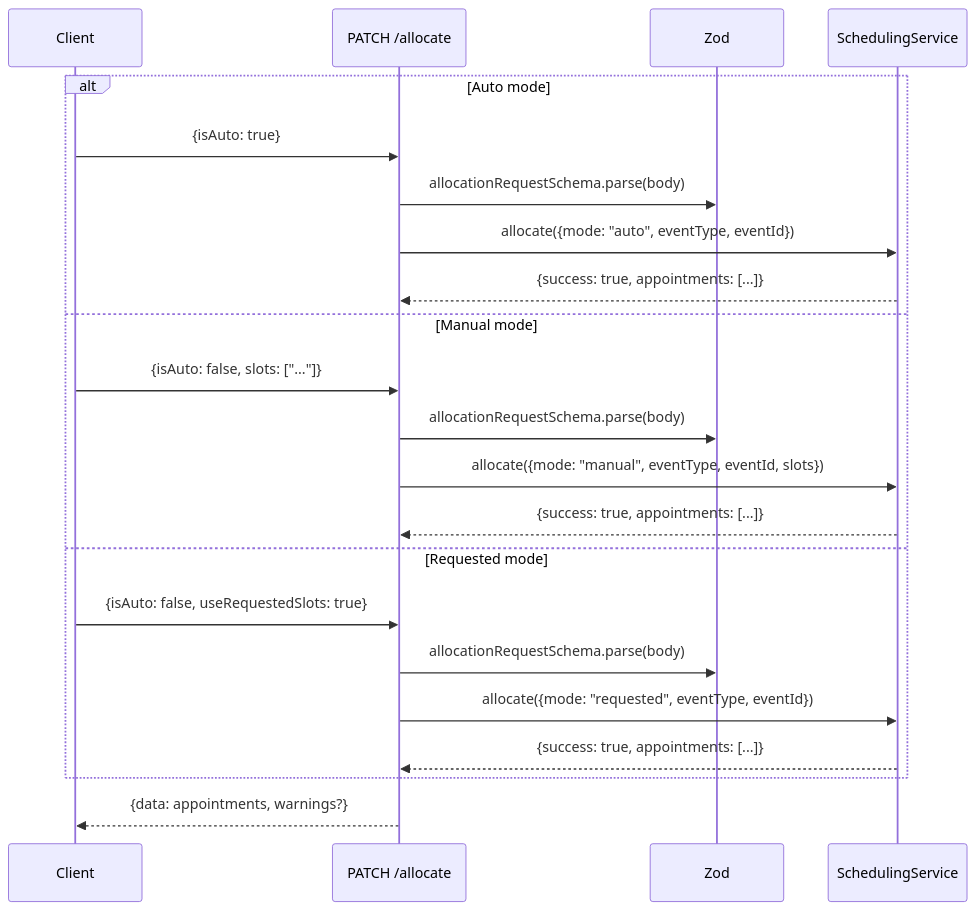
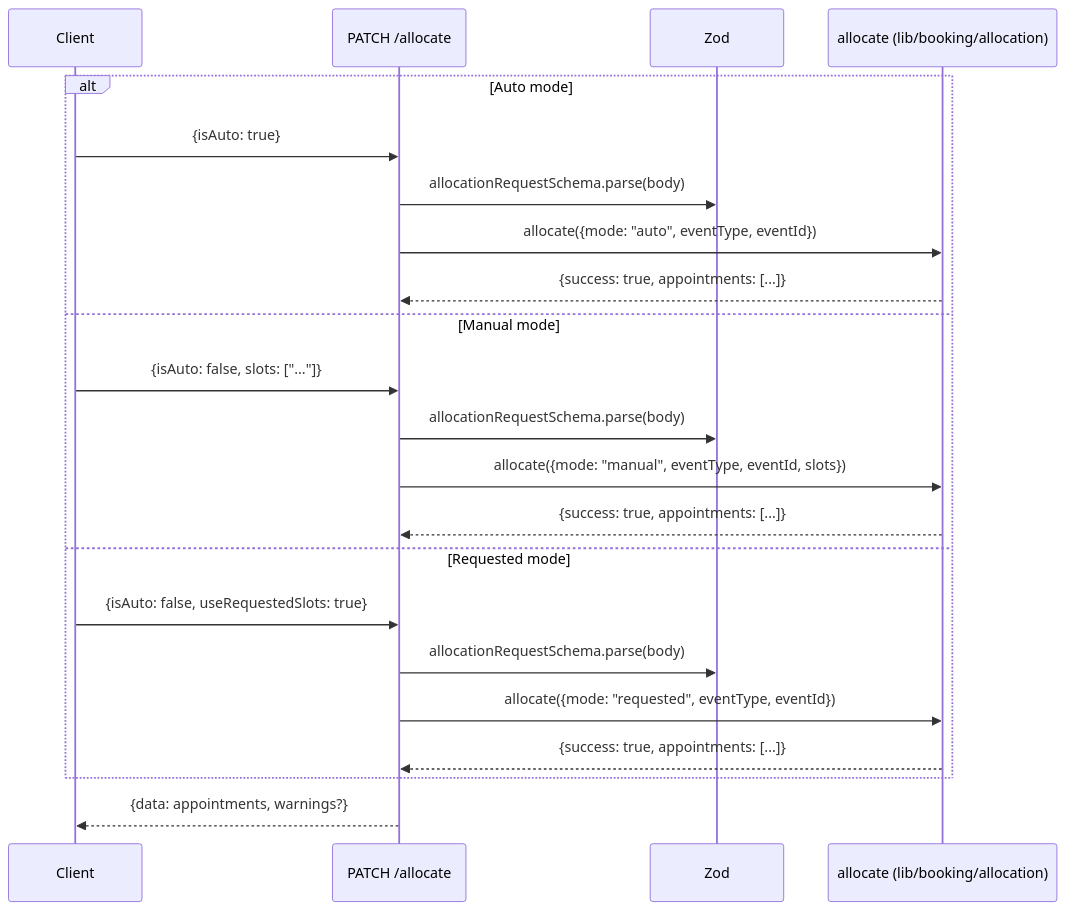
One commit to Practitionist/familiarise_web changed the second of 2 diagrams in docs/booking/04-api-reference.md. Above: the diagram before and after it, drawn with Mermaid. The commit also changed other lines of this file and 78 other files, not shown here.

First line of the commit message:
docs(booking,payments): the docs and comments follow the allocation and checkout module split

````diff
--- a/docs/booking/04-api-reference.md
+++ b/docs/booking/04-api-reference.md
@@ -124,26 +124,26 @@
 ```mermaid
 sequenceDiagram
     participant Client
     participant API as PATCH /allocate
     participant Zod
-    participant SA as SchedulingService
+    participant SA as allocate (lib/booking/allocation)
 
     alt Auto mode
         Client->>API: {isAuto: true}
         API->>Zod: allocationRequestSchema.parse(body)
         API->>SA: allocate({mode: "auto", eventType, eventId})
         SA-->>API: {success: true, appointments: [...]}
     else Manual mode
         Client->>API: {isAuto: false, slots: ["..."]}
         API->>Zod: allocationRequestSchema.parse(body)
         API->>SA: allocate({mode: "manual", eventType, eventId, slots})
         SA-->>API: {success: true, appointments: [...]}
     else Requested mode
         Client->>API: {isAuto: false, useRequestedSlots: true}
         API->>Zod: allocationRequestSchema.parse(body)
         API->>SA: allocate({mode: "requested", eventType, eventId})
         SA-->>API: {success: true, appointments: [...]}
     end
 
     API-->>Client: {data: appointments, warnings?}
 ```
````
